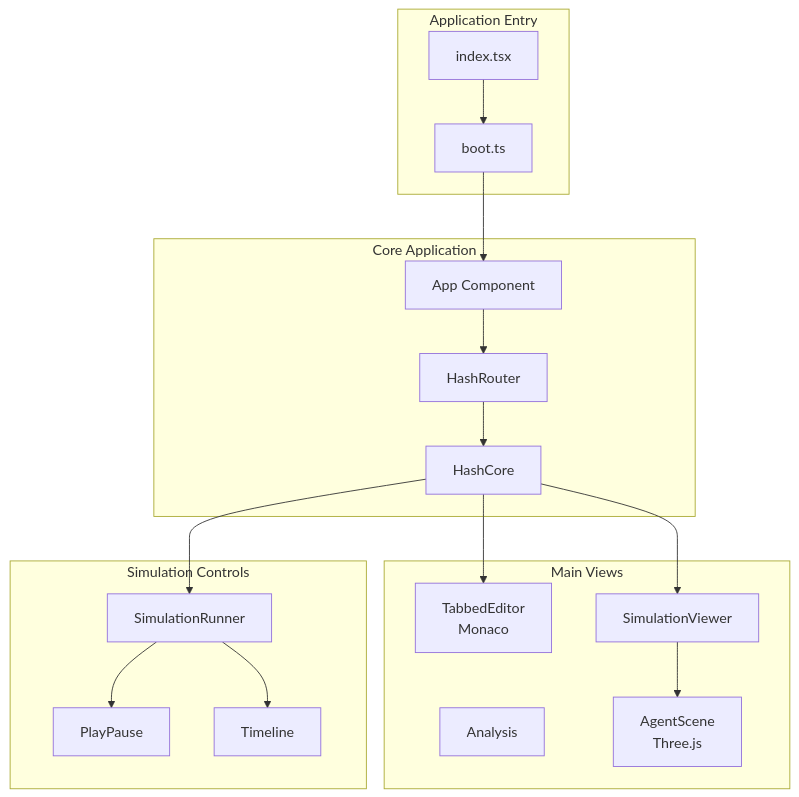
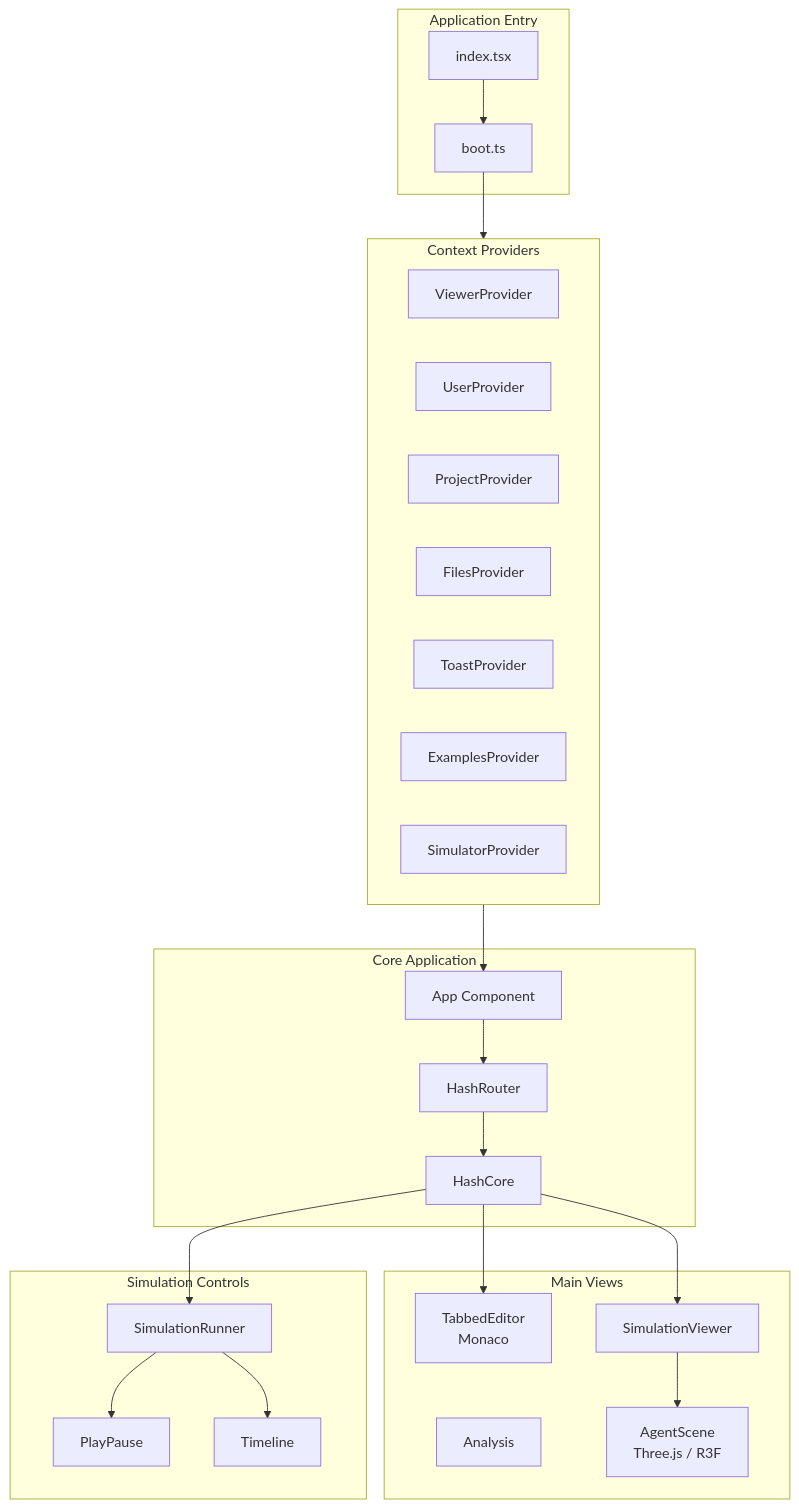
The first of 5 diagrams in ARCHITECTURE.md (hashintel/labs), drawn with Mermaid before and after one commit. The commit also changed other lines of this file, not shown here.

First line of the commit message:
Update ARCHITECTURE.md to reflect current state after Redux removal

````diff
--- a/ARCHITECTURE.md
+++ b/ARCHITECTURE.md
@@ -53,37 +54,48 @@
 ```mermaid
 flowchart TB
     subgraph Entry[Application Entry]
         Index[index.tsx]
         Boot[boot.ts]
+    end
+    
+    subgraph Providers[Context Providers]
+        VP[ViewerProvider]
+        UP[UserProvider]
+        PP[ProjectProvider]
+        FP[FilesProvider]
+        TP[ToastProvider]
+        EP[ExamplesProvider]
+        SP[SimulatorProvider]
     end
     
     subgraph Core[Core Application]
         App[App Component]
         HashRouter[HashRouter]
         HashCore[HashCore]
     end
     
     subgraph Views[Main Views]
         Editor[TabbedEditor<br/>Monaco]
         Viewer[SimulationViewer]
         Analysis[Analysis]
-        Scene[AgentScene<br/>Three.js]
+        Scene[AgentScene<br/>Three.js / R3F]
     end
     
     subgraph Controls[Simulation Controls]
         Runner[SimulationRunner]
         PlayPause[PlayPause]
         Timeline[Timeline]
     end
     
     Index --> Boot
-    Boot --> App
+    Boot --> Providers
+    Providers --> App
     App --> HashRouter
     HashRouter --> HashCore
     HashCore --> Editor
     HashCore --> Viewer
     HashCore --> Runner
     Viewer --> Scene
     Runner --> PlayPause
     Runner --> Timeline
 ```
````
